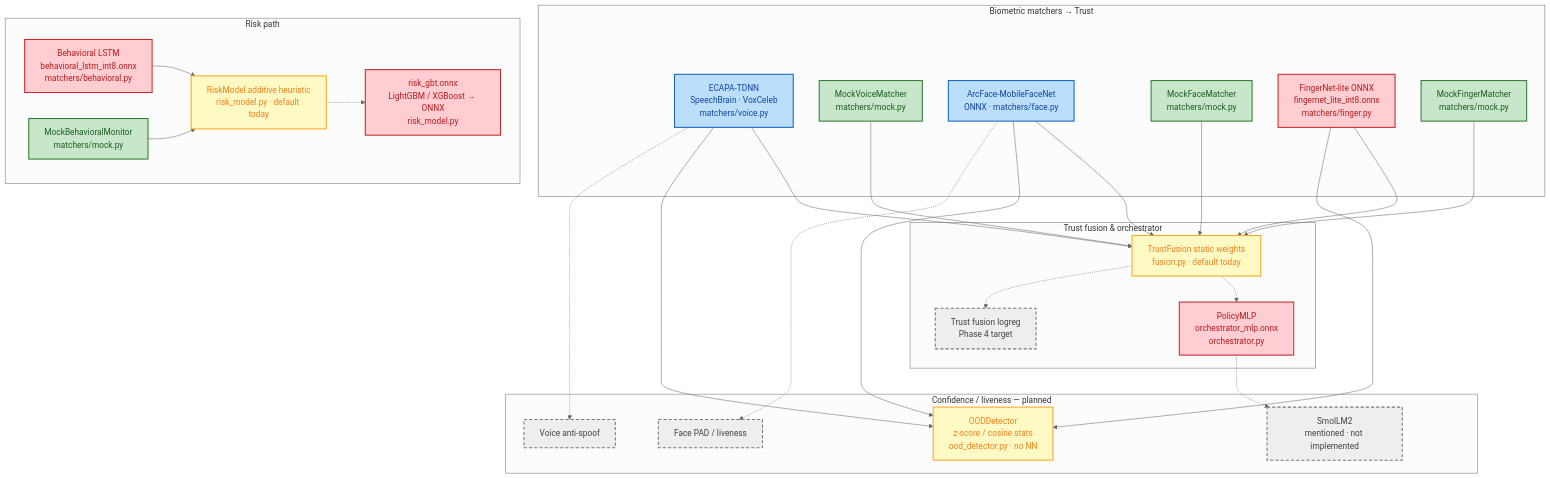
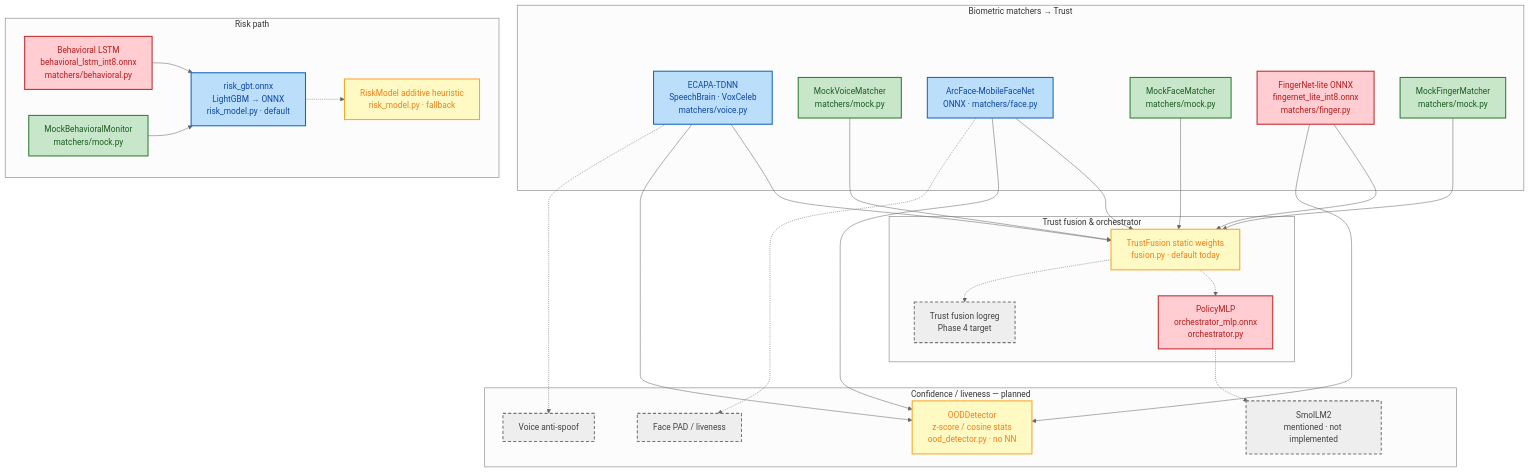
The eighth of 8 diagrams in README.md (couder-04/Drive_auth_edge), drawn with Mermaid (neutral theme) before and after one commit. The commit also changed other lines of this file and 231 other files, not shown here.

````diff
--- a/README.md
+++ b/README.md
@@ -269,61 +294,61 @@
 ```mermaid
 flowchart TB
   classDef mock fill:#c8e6c9,stroke:#2e7d32,color:#1b5e20,stroke-width:2px
   classDef train fill:#ffcdd2,stroke:#c62828,color:#b71c1c,stroke-width:2px
   classDef pretrained fill:#bbdefb,stroke:#1565c0,color:#0d47a1,stroke-width:2px
   classDef heuristic fill:#fff9c4,stroke:#f9a825,color:#f57f17,stroke-width:2px
   classDef planned fill:#eeeeee,stroke:#757575,color:#424242,stroke-width:2px,stroke-dasharray: 6 4
 
   subgraph Bio["Biometric matchers → Trust"]
     VOICE_R["ECAPA-TDNN\nSpeechBrain · VoxCeleb\nmatchers/voice.py"]
     VOICE_M["MockVoiceMatcher\nmatchers/mock.py"]
     FACE_R["ArcFace-MobileFaceNet\nONNX · matchers/face.py"]
     FACE_M["MockFaceMatcher\nmatchers/mock.py"]
     FINGER_R["FingerNet-lite ONNX\nfingernet_lite_int8.onnx\nmatchers/finger.py"]
     FINGER_M["MockFingerMatcher\nmatchers/mock.py"]
   end
 
   subgraph RiskPath["Risk path"]
     BEH_R["Behavioral LSTM\nbehavioral_lstm_int8.onnx\nmatchers/behavioral.py"]
     BEH_M["MockBehavioralMonitor\nmatchers/mock.py"]
-    RISK_H["RiskModel additive heuristic\nrisk_model.py · default today"]
-    RISK_GBT["risk_gbt.onnx\nLightGBM / XGBoost → ONNX\nrisk_model.py"]
+    RISK_H["RiskModel additive heuristic\nrisk_model.py · fallback"]
+    RISK_GBT["risk_gbt.onnx\nLightGBM → ONNX\nrisk_model.py · default"]
   end
 
   subgraph Fuse["Trust fusion & orchestrator"]
     FUSE_S["TrustFusion static weights\nfusion.py · default today"]
     MLP["PolicyMLP\norchestrator_mlp.onnx\norchestrator.py"]
     LOGREG["Trust fusion logreg\nPhase 4 target"]
   end
 
   subgraph Conf["Confidence / liveness — planned"]
     OOD["OODDetector\nz-score / cosine stats\nood_detector.py · no NN"]
     AS["Voice anti-spoof"]
     PAD["Face PAD / liveness"]
     SMOL["SmolLM2\nmentioned · not implemented"]
   end
 
   VOICE_R --> FUSE_S
   VOICE_M --> FUSE_S
   FACE_R --> FUSE_S
   FACE_M --> FUSE_S
   FINGER_R --> FUSE_S
   FINGER_M --> FUSE_S
   FUSE_S -.-> MLP
   FUSE_S -.-> LOGREG
-  BEH_R --> RISK_H
-  BEH_M --> RISK_H
-  RISK_H -.-> RISK_GBT
+  BEH_R --> RISK_GBT
+  BEH_M --> RISK_GBT
+  RISK_GBT -.-> RISK_H
   VOICE_R --> OOD
   FACE_R --> OOD
   FINGER_R --> OOD
   VOICE_R -.-> AS
   FACE_R -.-> PAD
   MLP -.-> SMOL
 
   class VOICE_M,FACE_M,FINGER_M,BEH_M mock
-  class FINGER_R,BEH_R,RISK_GBT,MLP train
-  class VOICE_R,FACE_R pretrained
+  class FINGER_R,BEH_R,MLP train
+  class VOICE_R,FACE_R,RISK_GBT pretrained
   class RISK_H,FUSE_S,OOD heuristic
   class LOGREG,AS,PAD,SMOL planned
 ```
````
